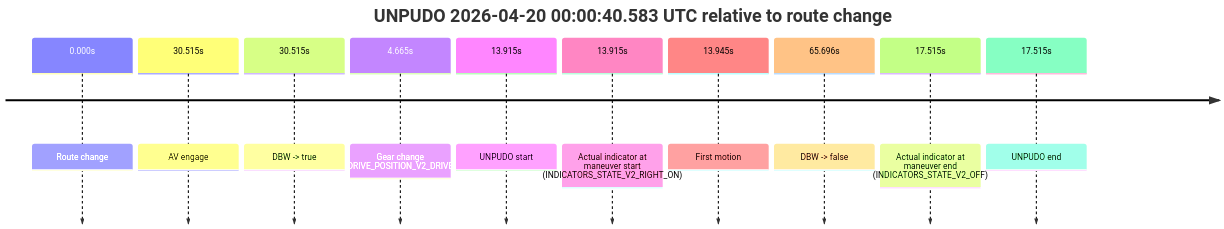
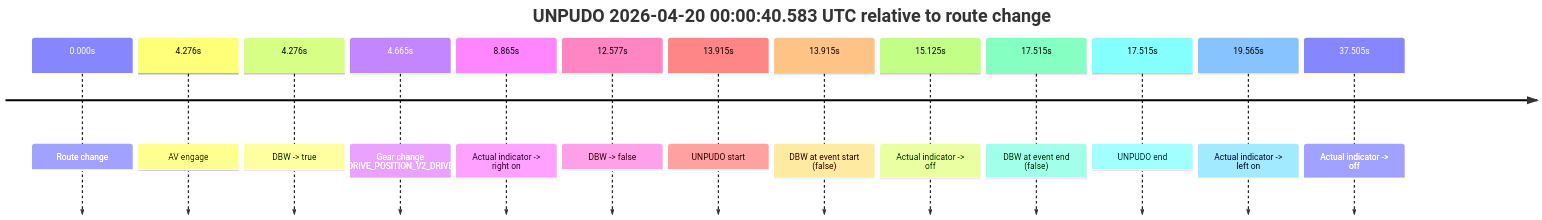
One commit to yoelshapiro/vault changed the second of 4 diagrams in model_analysis/report_cards/2026/04/Week-3/fme10011--2026-04-19--22-35-26--gen2-av-69939f2b-bb17-4c54-a13c-c01d985ed61e.md. Above: the diagram before and after it, drawn with Mermaid. The commit also changed other lines of this file and 85 other files, not shown here.

````diff
--- a/model_analysis/report_cards/2026/04/Week-3/fme10011--2026-04-19--22-35-26--gen2-av-69939f2b-bb17-4c54-a13c-c01d985ed61e.md
+++ b/model_analysis/report_cards/2026/04/Week-3/fme10011--2026-04-19--22-35-26--gen2-av-69939f2b-bb17-4c54-a13c-c01d985ed61e.md
@@ -129,14 +137,17 @@
 ```mermaid
 timeline
     title UNPUDO 2026-04-20 00:00:40.583 UTC relative to route change
     0.000s : Route change
-    30.515s : AV engage
-    30.515s : DBW -> true
+    4.276s : AV engage
+    4.276s : DBW -> true
     4.665s : Gear change (DRIVE_POSITION_V2_DRIVE)
+    8.865s : Actual indicator -> right on
+    12.577s : DBW -> false
     13.915s : UNPUDO start
-    13.915s : Actual indicator at maneuver start (INDICATORS_STATE_V2_RIGHT_ON)
-    13.945s : First motion
-    65.696s : DBW -> false
-    17.515s : Actual indicator at maneuver end (INDICATORS_STATE_V2_OFF)
+    13.915s : DBW at event start (false)
+    15.125s : Actual indicator -> off
+    17.515s : DBW at event end (false)
     17.515s : UNPUDO end
+    19.565s : Actual indicator -> left on
+    37.505s : Actual indicator -> off
 ```
````
